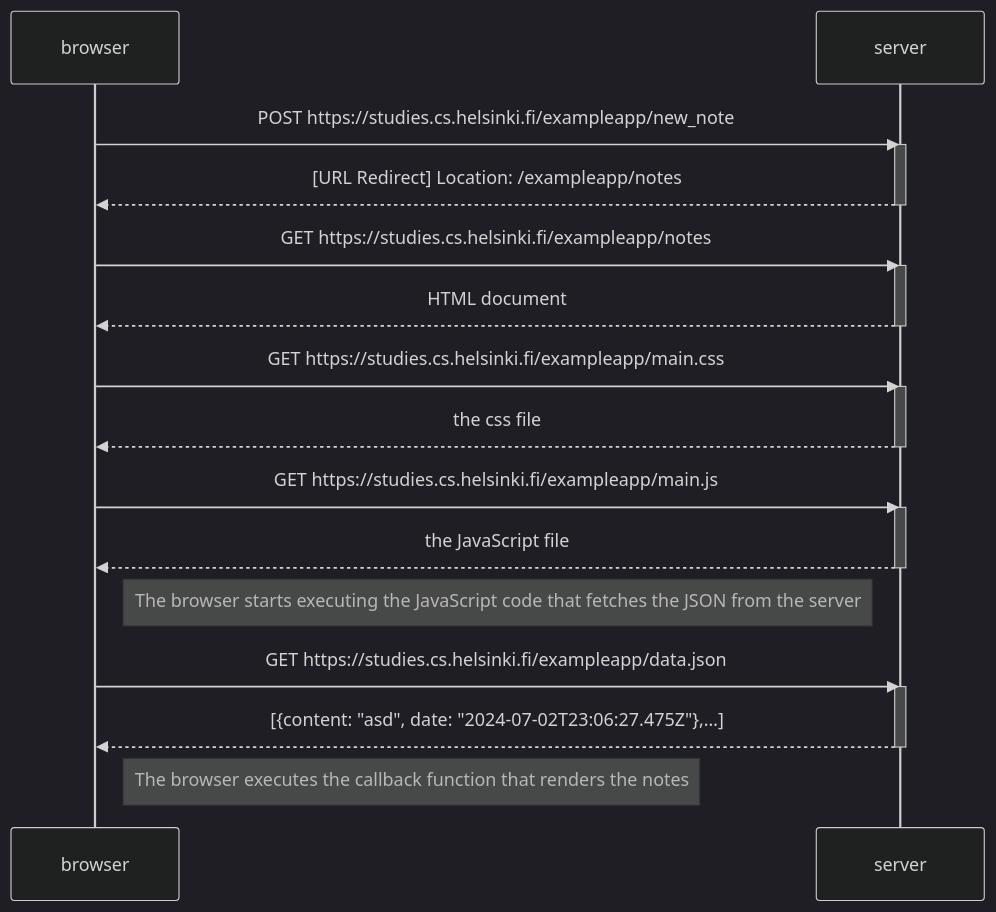
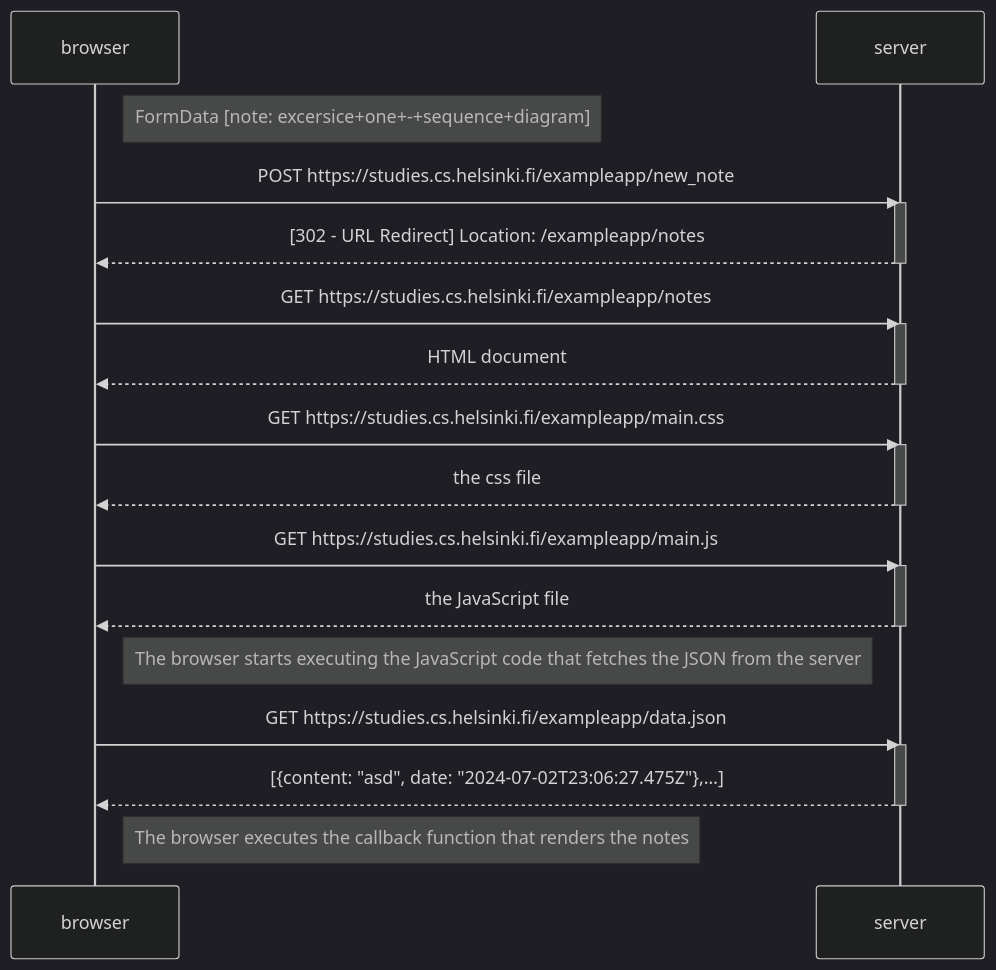
Before and after one commit to sumithocs/full-stack-open: the diagram in exercises/part0/0.4: New note diagram.md, drawn with Mermaid (dark theme).

Commit message:
Update 0.4: New note diagram.md

````diff
--- a/exercises/part0/0.4: New note diagram.md
+++ b/exercises/part0/0.4: New note diagram.md
@@ -1,34 +1,36 @@
 ```mermaid
 sequenceDiagram
     participant browser
     participant server
 
+    Note right of browser: FormData [note: excersice+one+-+sequence+diagram]
+    
     browser->>server: POST https://studies.cs.helsinki.fi/exampleapp/new_note
     activate server
-    server-->>browser: [URL Redirect] Location: /exampleapp/notes
+    server-->>browser: [302 - URL Redirect] Location: /exampleapp/notes
     deactivate server
 
     browser->>server: GET https://studies.cs.helsinki.fi/exampleapp/notes
     activate server
     server-->>browser: HTML document
     deactivate server
 
     browser->>server: GET https://studies.cs.helsinki.fi/exampleapp/main.css
     activate server
     server-->>browser: the css file
     deactivate server
 
     browser->>server: GET https://studies.cs.helsinki.fi/exampleapp/main.js
     activate server
     server-->>browser: the JavaScript file
     deactivate server
 
     Note right of browser: The browser starts executing the JavaScript code that fetches the JSON from the server
 
     browser->>server: GET https://studies.cs.helsinki.fi/exampleapp/data.json
     activate server
     server-->>browser: [{content: "asd", date: "2024-07-02T23:06:27.475Z"},…]
     deactivate server
 
     Note right of browser: The browser executes the callback function that renders the notes
 ```
````
